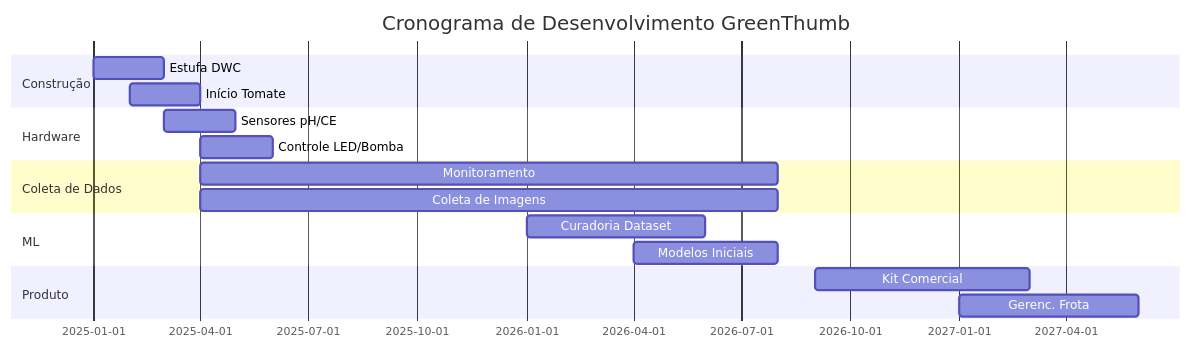
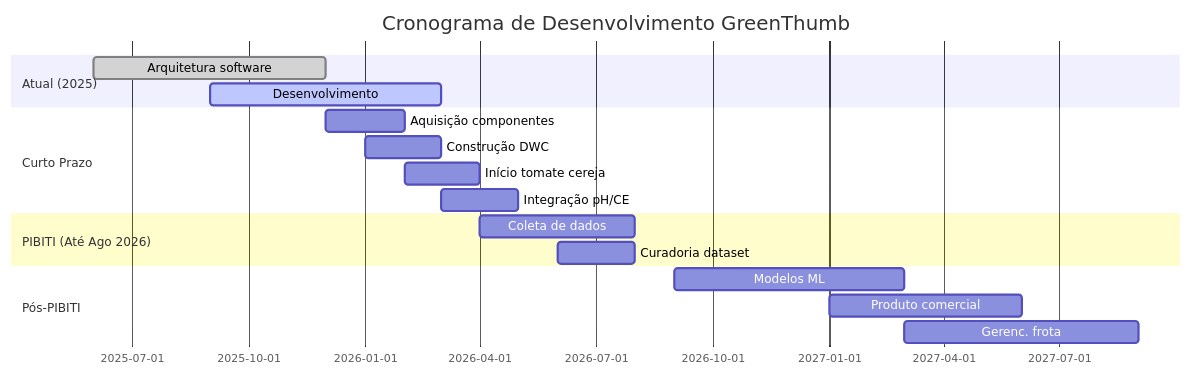
The diagram in docs/summaries/future-work-pt.md (GreenThumbProject/docs), drawn with Mermaid before and after one commit. The commit also changed other lines of this file and 6 other files, not shown here.

Commit message:
feat: add architecture overview, sensor documentation, virtual sensors article, and future work summaries

````diff
--- a/docs/summaries/future-work-pt.md
+++ b/docs/summaries/future-work-pt.md
@@ -132,25 +132,24 @@
 ```mermaid
 gantt
     title Cronograma de Desenvolvimento GreenThumb
     dateFormat YYYY-MM
     
-    section Construção
-    Estufa DWC         :2025-01, 2025-03
-    Início Tomate      :2025-02, 2025-04
+    section Atual (2025)
+    Arquitetura software    :done, 2025-06, 2025-12
+    Desenvolvimento         :active, 2025-09, 2026-03
     
-    section Hardware
-    Sensores pH/CE     :2025-03, 2025-05
-    Controle LED/Bomba :2025-04, 2025-06
+    section Curto Prazo
+    Aquisição componentes   :2025-12, 2026-02
+    Construção DWC          :2026-01, 2026-03
+    Início tomate cereja    :2026-02, 2026-04
+    Integração pH/CE        :2026-03, 2026-05
     
-    section Coleta de Dados
-    Monitoramento      :2025-04, 2026-08
-    Coleta de Imagens  :2025-04, 2026-08
+    section PIBITI (Até Ago 2026)
+    Coleta de dados         :2026-04, 2026-08
+    Curadoria dataset       :2026-06, 2026-08
     
-    section ML
-    Curadoria Dataset  :2026-01, 2026-06
-    Modelos Iniciais   :2026-04, 2026-08
-    
-    section Produto
-    Kit Comercial      :2026-09, 2027-03
-    Gerenc. Frota      :2027-01, 2027-06
+    section Pós-PIBITI
+    Modelos ML              :2026-09, 2027-03
+    Produto comercial       :2027-01, 2027-06
+    Gerenc. frota           :2027-03, 2027-09
 ```
````
